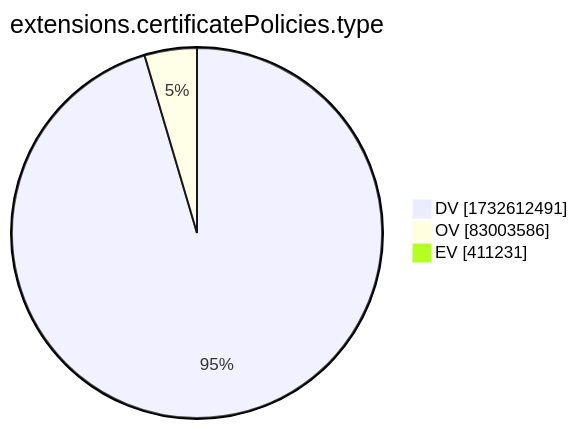
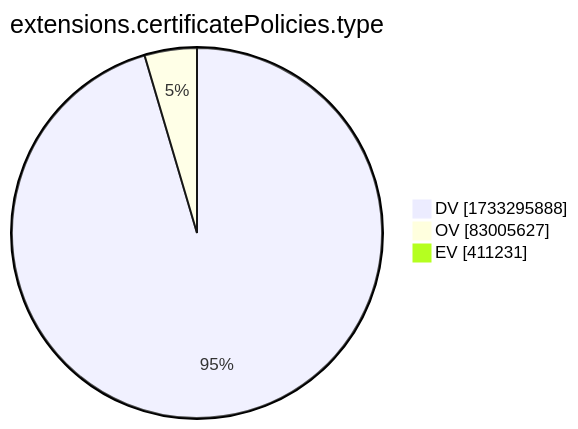
The tenth of 15 diagrams in xenon2022/README.md (christiankrug/ctmonitor_visualization), drawn with Mermaid before and after one commit. The commit also changed other lines of this file, not shown here.

````diff
--- a/xenon2022/README.md
+++ b/xenon2022/README.md
@@ -2881,7 +2881,7 @@
 ```mermaid
 pie showData
 title extensions.certificatePolicies.type
-"DV" :1732612491
-"OV" :83003586
+"DV" :1733295888
+"OV" :83005627
 "EV" :411231
 ```
````
